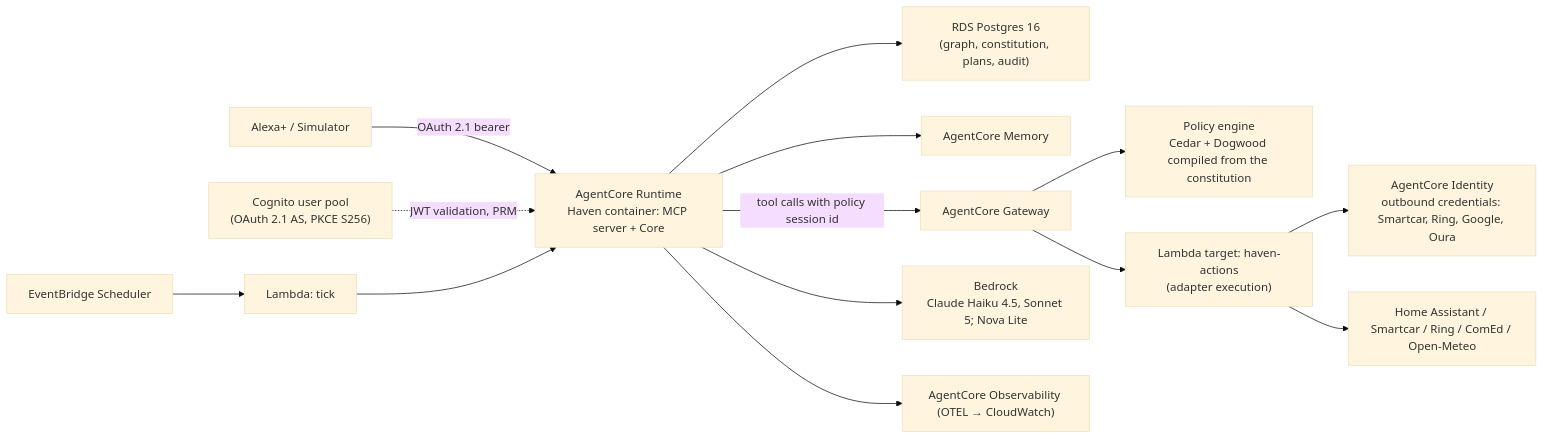
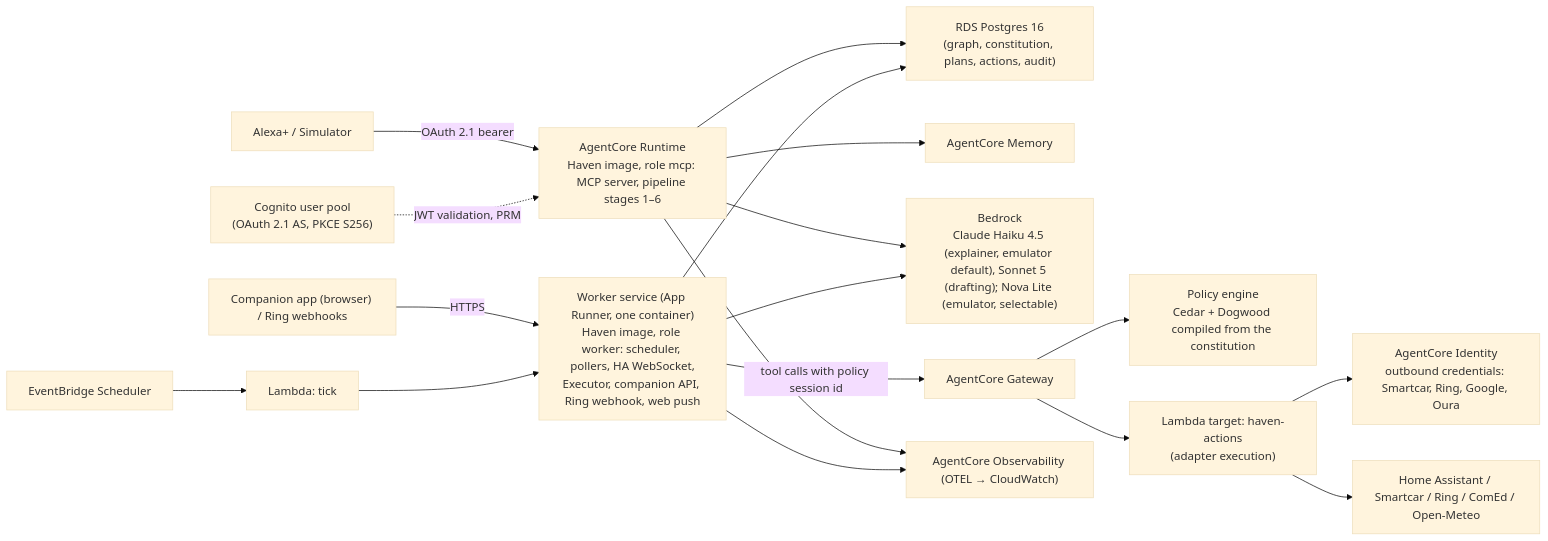
One commit to BashaarJavaid/Haven changed the second of 2 diagrams in ARCHITECTURE.md. Above: the diagram before and after it, drawn with Mermaid (base theme). The commit also changed other lines of this file and 16 other files, not shown here.

````diff
--- a/ARCHITECTURE.md
+++ b/ARCHITECTURE.md
@@ -413,15 +416,19 @@
 ```mermaid
 graph LR
-    Alexa["Alexa+ / Simulator"] -->|"OAuth 2.1 bearer"| RT["AgentCore Runtime<br/>Haven container: MCP server + Core"]
+    Alexa["Alexa+ / Simulator"] -->|"OAuth 2.1 bearer"| RT["AgentCore Runtime<br/>Haven image, role mcp: MCP server, pipeline stages 1–6"]
     Cog["Cognito user pool<br/>(OAuth 2.1 AS, PKCE S256)"] -.->|"JWT validation, PRM"| RT
-    RT --> PG["RDS Postgres 16<br/>(graph, constitution, plans, audit)"]
+    RT --> PG["RDS Postgres 16<br/>(graph, constitution, plans, actions, audit)"]
     RT --> AM["AgentCore Memory"]
-    RT -->|"tool calls with policy session id"| GW["AgentCore Gateway"]
+    RT --> BR["Bedrock<br/>Claude Haiku 4.5 (explainer, emulator default), Sonnet 5 (drafting); Nova Lite (emulator, selectable)"]
+    App["Companion app (browser) / Ring webhooks"] -->|"HTTPS"| WK["Worker service (App Runner, one container)<br/>Haven image, role worker: scheduler, pollers, HA WebSocket,<br/>Executor, companion API, Ring webhook, web push"]
+    WK --> PG
+    WK -->|"tool calls with policy session id"| GW["AgentCore Gateway"]
     GW --> POL["Policy engine<br/>Cedar + Dogwood compiled from the constitution"]
     GW --> ACT["Lambda target: haven-actions<br/>(adapter execution)"]
     ACT --> AI["AgentCore Identity<br/>outbound credentials: Smartcar, Ring, Google, Oura"]
     ACT --> World["Home Assistant / Smartcar / Ring / ComEd / Open-Meteo"]
-    SCH["EventBridge Scheduler"] --> TICK["Lambda: tick"] --> RT
-    RT --> BR["Bedrock<br/>Claude Haiku 4.5, Sonnet 5; Nova Lite"]
+    SCH["EventBridge Scheduler"] --> TICK["Lambda: tick"] --> WK
+    WK --> BR
     RT --> OBS["AgentCore Observability (OTEL → CloudWatch)"]
+    WK --> OBS
 ```
````
